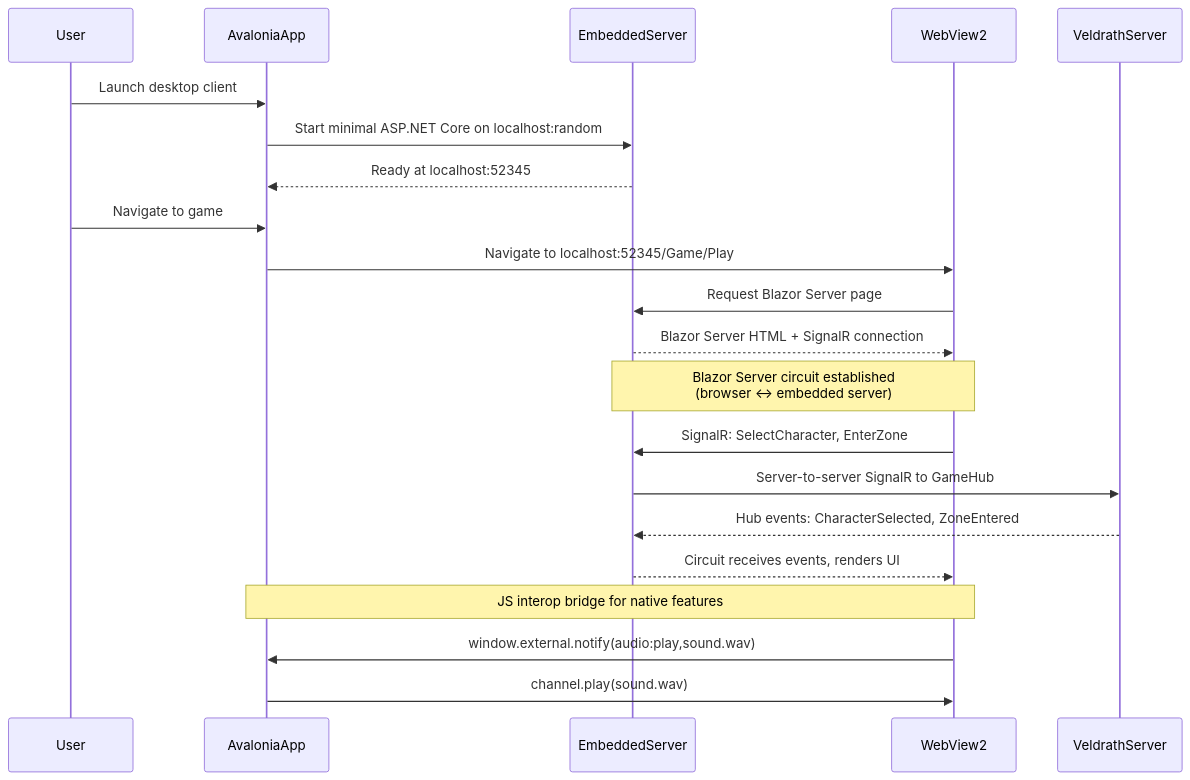
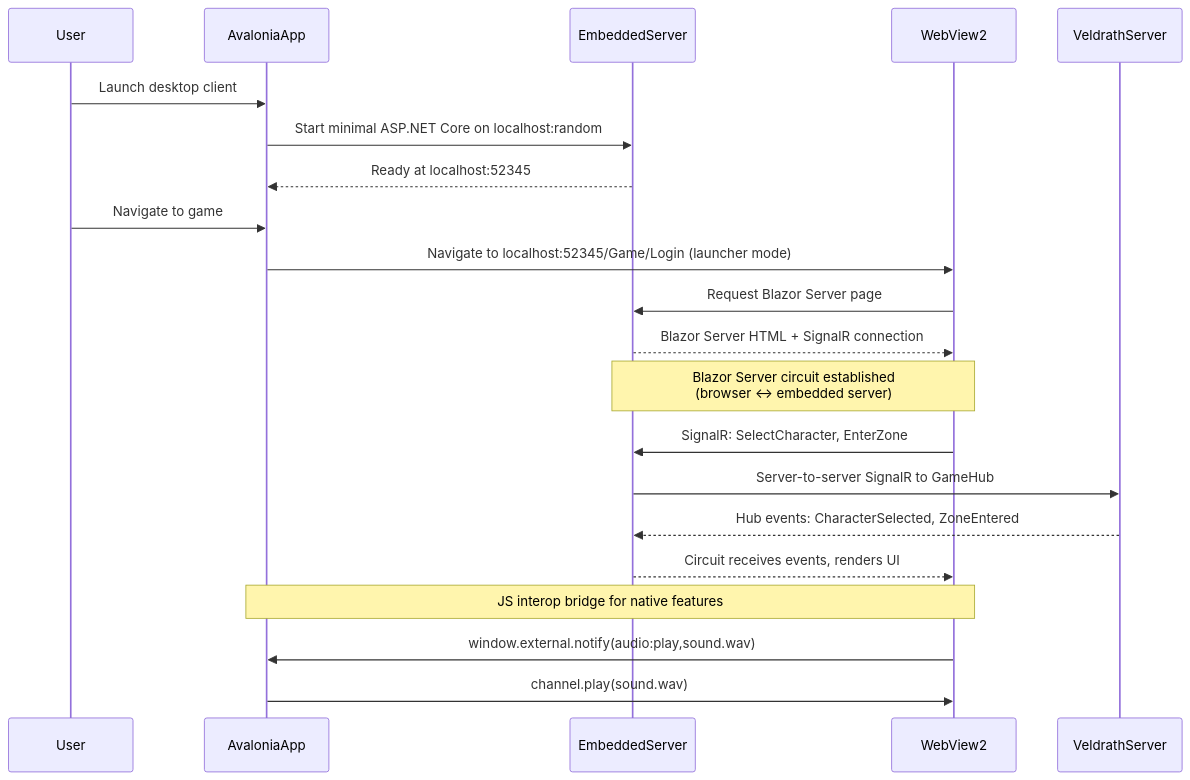
The second of 4 diagrams in plans/game-client-unification-plan.md (KungRaseri/Veldrath), drawn with Mermaid before and after one commit. The commit also changed other lines of this file, not shown here.

First line of the commit message:
docs(game-client-unification-plan): finalize plan with launcher flow and decision records

````diff
--- a/plans/game-client-unification-plan.md
+++ b/plans/game-client-unification-plan.md
@@ -411,28 +411,28 @@
 ```mermaid
 sequenceDiagram
     participant User
     participant AvaloniaApp
     participant EmbeddedServer
     participant WebView2
     participant VeldrathServer
     
     User->>AvaloniaApp: Launch desktop client
     AvaloniaApp->>EmbeddedServer: Start minimal ASP.NET Core on localhost:random
     EmbeddedServer-->>AvaloniaApp: Ready at localhost:52345
     
     User->>AvaloniaApp: Navigate to game
-    AvaloniaApp->>WebView2: Navigate to localhost:52345/Game/Play
+    AvaloniaApp->>WebView2: Navigate to localhost:52345/Game/Login (launcher mode)
     WebView2->>EmbeddedServer: Request Blazor Server page
     EmbeddedServer-->>WebView2: Blazor Server HTML + SignalR connection
     
     Note over WebView2,EmbeddedServer: Blazor Server circuit established<br/>(browser ↔ embedded server)
     
     WebView2->>EmbeddedServer: SignalR: SelectCharacter, EnterZone
     EmbeddedServer->>VeldrathServer: Server-to-server SignalR to GameHub
     VeldrathServer-->>EmbeddedServer: Hub events: CharacterSelected, ZoneEntered
     EmbeddedServer-->>WebView2: Circuit receives events, renders UI
     
     Note over WebView2,AvaloniaApp: JS interop bridge for native features
     WebView2->>AvaloniaApp: window.external.notify(audio:play,sound.wav)
     AvaloniaApp->>WebView2: channel.play(sound.wav)
 ```
````
